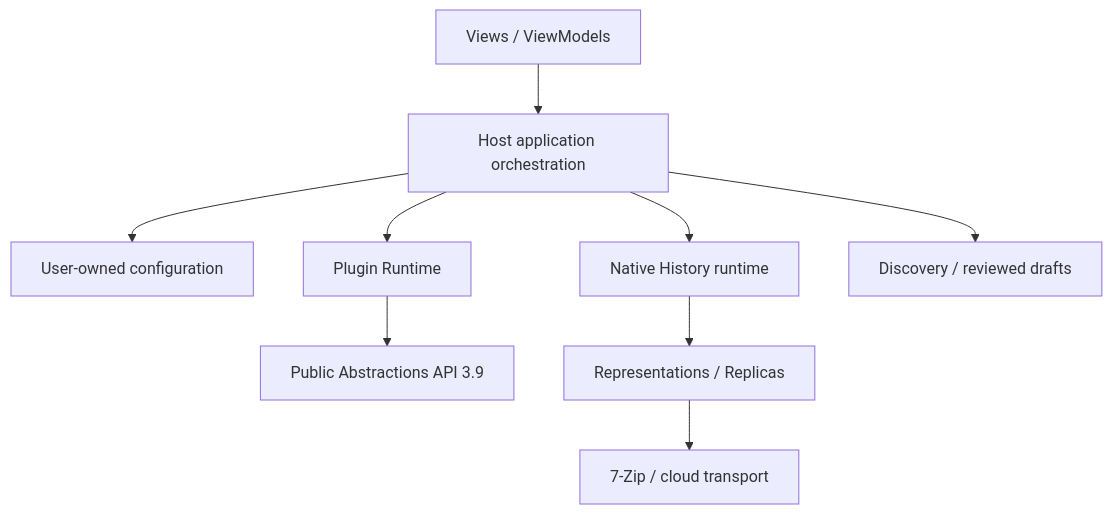
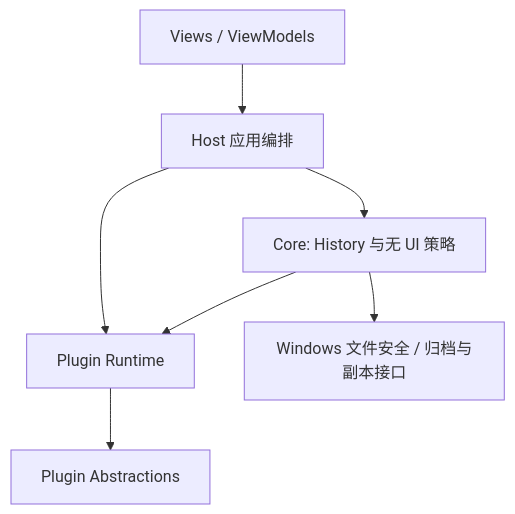
Before and after one commit to Leafuke/FolderRewind-Site: the diagram in docs/architecture/index.md, drawn with Mermaid. The commit also changed other lines of this file and 22 other files, not shown here.

First line of the commit message:
docs(architecture): 同步核心边界与开发文档

````diff
--- a/docs/architecture/index.md
+++ b/docs/architecture/index.md
@@ -14,11 +14,9 @@
 ```mermaid
 flowchart TD
-  V[Views / ViewModels] --> H[Host application orchestration]
-  H --> C[User-owned configuration]
-  H --> N[Native History runtime]
-  H --> P[Plugin Runtime]
-  P --> A[Public Abstractions API 3.9]
-  N --> R[Representations / Replicas]
-  R --> Z[7-Zip / cloud transport]
-  H --> D[Discovery / reviewed drafts]
+  UI[Views / ViewModels] --> Host[Host 应用编排]
+  Host --> Core[Core: History 与无 UI 策略]
+  Host --> Runtime[Plugin Runtime]
+  Core --> Runtime
+  Runtime --> API[Plugin Abstractions]
+  Core --> Storage[Windows 文件安全 / 归档与副本接口]
 ```
````
